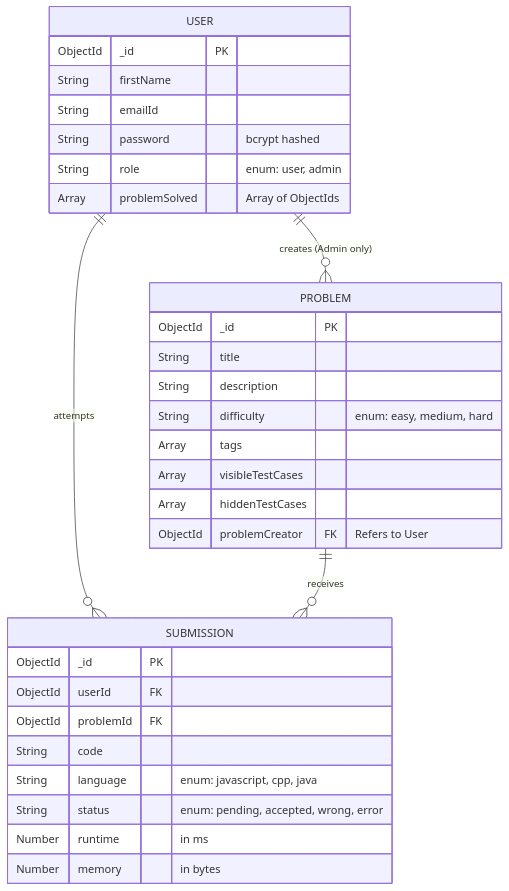
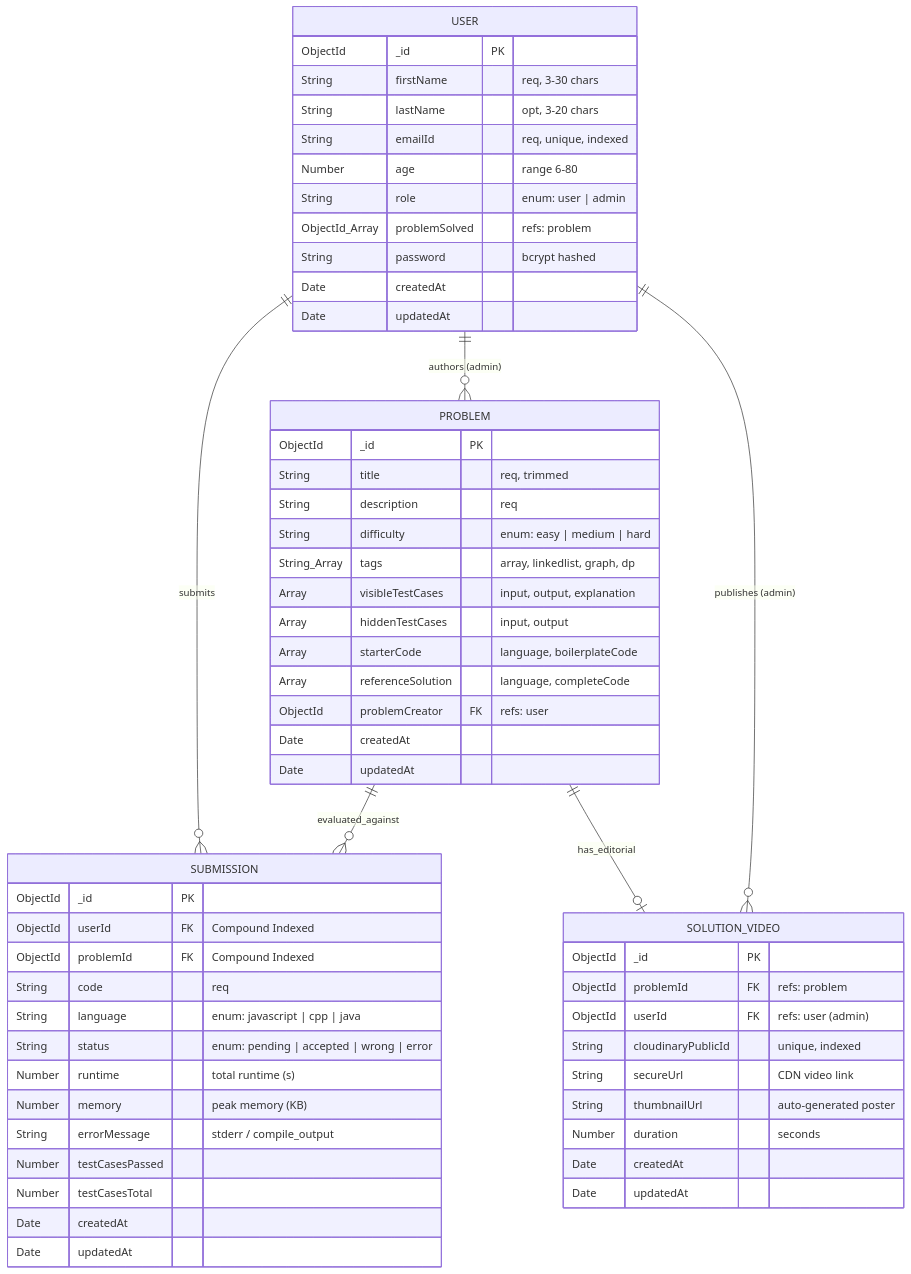
Before and after one commit to Hardoo-009/NexCode-backend: the fifth of 5 diagrams in README.md, drawn with Mermaid. The commit also changed other lines of this file and 4 other files, not shown here.

Commit message:
Add environment configuration for AI integrations and Cloudinary video uploads; update README for setup instructions

````diff
--- a/README.md
+++ b/README.md
@@ -62,37 +204,64 @@
 ```mermaid
 erDiagram
-    USER ||--o{ SUBMISSION : "attempts"
-    USER ||--o{ PROBLEM : "creates (Admin only)"
-    PROBLEM ||--o{ SUBMISSION : "receives"
+    USER ||--o{ SUBMISSION : "submits"
+    USER ||--o{ PROBLEM : "authors (admin)"
+    USER ||--o{ SOLUTION_VIDEO : "publishes (admin)"
+    PROBLEM ||--o{ SUBMISSION : "evaluated_against"
+    PROBLEM ||--o| SOLUTION_VIDEO : "has_editorial"
 
     USER {
         ObjectId _id PK
-        String firstName
-        String emailId
+        String firstName "req, 3-30 chars"
+        String lastName "opt, 3-20 chars"
+        String emailId "req, unique, indexed"
+        Number age "range 6-80"
+        String role "enum: user | admin"
+        ObjectId_Array problemSolved "refs: problem"
         String password "bcrypt hashed"
-        String role "enum: user, admin"
-        Array problemSolved "Array of ObjectIds"
+        Date createdAt
+        Date updatedAt
     }
 
     PROBLEM {
         ObjectId _id PK
-        String title
-        String description
-        String difficulty "enum: easy, medium, hard"
-        Array tags
-        Array visibleTestCases
-        Array hiddenTestCases
-        ObjectId problemCreator FK "Refers to User"
+        String title "req, trimmed"
+        String description "req"
+        String difficulty "enum: easy | medium | hard"
+        String_Array tags "array, linkedlist, graph, dp"
+        Array visibleTestCases "input, output, explanation"
+        Array hiddenTestCases "input, output"
+        Array starterCode "language, boilerplateCode"
+        Array referenceSolution "language, completeCode"
+        ObjectId problemCreator FK "refs: user"
+        Date createdAt
+        Date updatedAt
     }
 
     SUBMISSION {
         ObjectId _id PK
-        ObjectId userId FK
-        ObjectId problemId FK
-        String code
-        String language "enum: javascript, cpp, java"
-        String status "enum: pending, accepted, wrong, error"
-        Number runtime "in ms"
-        Number memory "in bytes"
+        ObjectId userId FK "Compound Indexed"
+        ObjectId problemId FK "Compound Indexed"
+        String code "req"
+        String language "enum: javascript | cpp | java"
+        String status "enum: pending | accepted | wrong | error"
+        Number runtime "total runtime (s)"
+        Number memory "peak memory (KB)"
+        String errorMessage "stderr / compile_output"
+        Number testCasesPassed
+        Number testCasesTotal
+        Date createdAt
+        Date updatedAt
+    }
+
+    SOLUTION_VIDEO {
+        ObjectId _id PK
+        ObjectId problemId FK "refs: problem"
+        ObjectId userId FK "refs: user (admin)"
+        String cloudinaryPublicId "unique, indexed"
+        String secureUrl "CDN video link"
+        String thumbnailUrl "auto-generated poster"
+        Number duration "seconds"
+        Date createdAt
+        Date updatedAt
     }
 ```
````
